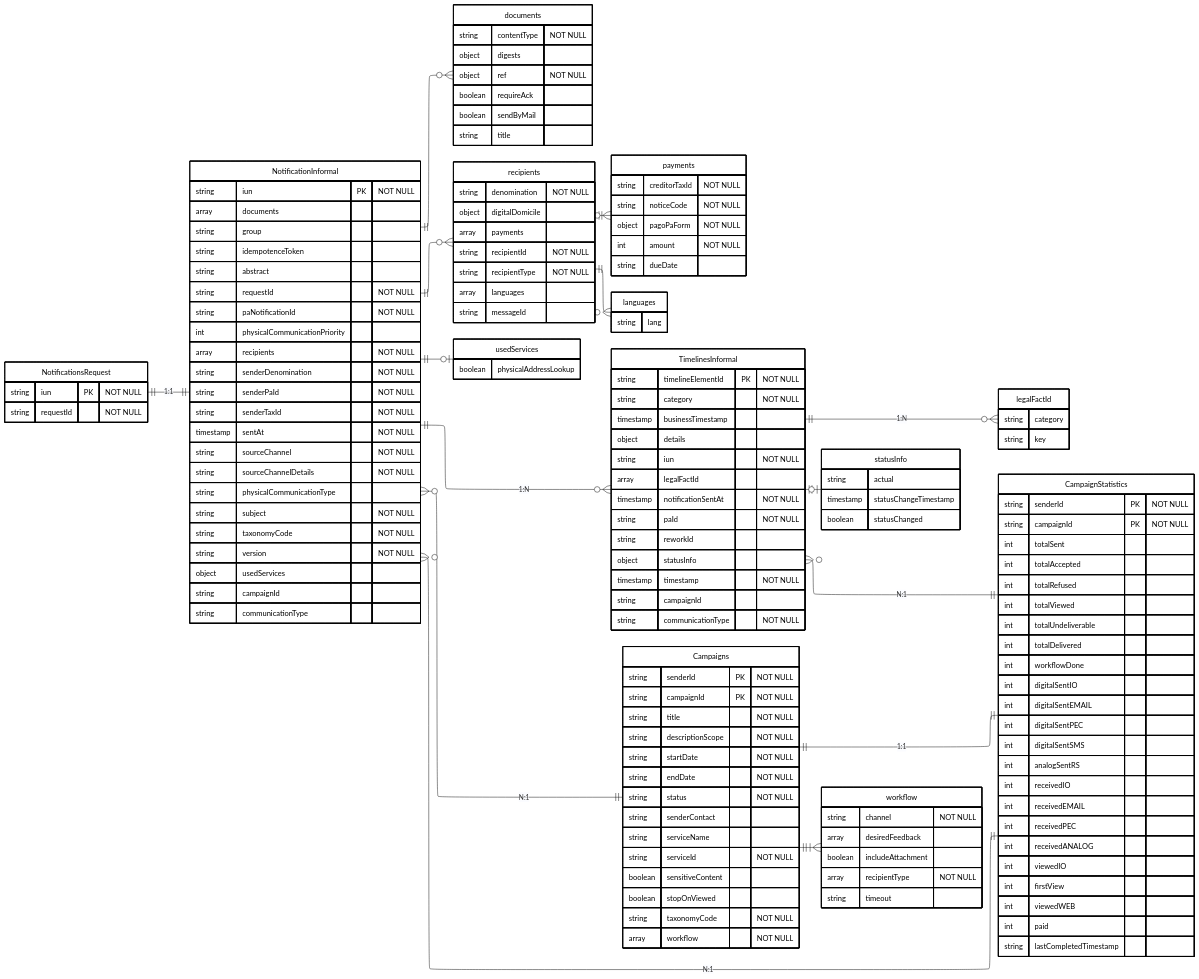
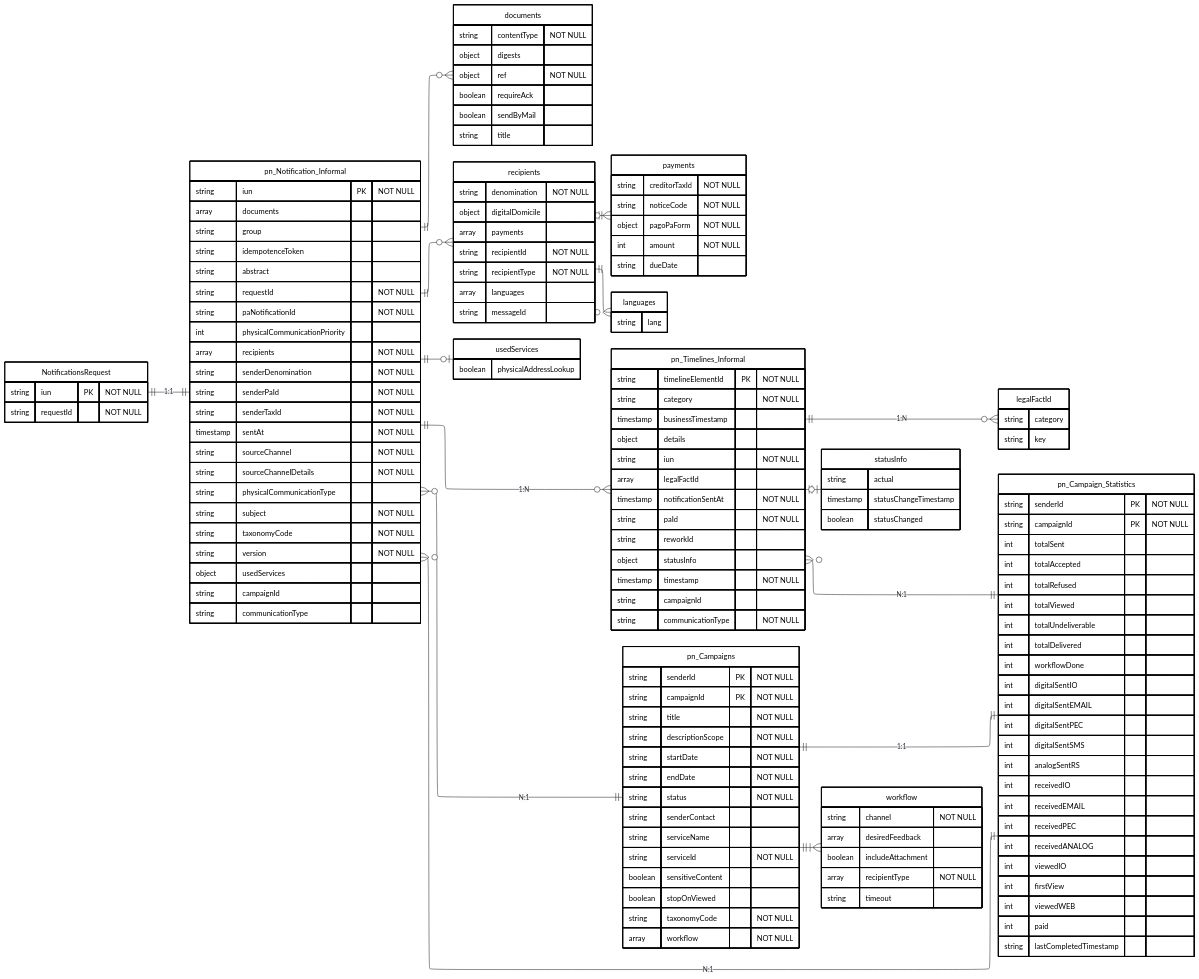
Before and after one commit to pagopa/pn-metrics: the diagram in send_diagrams/data-models/comunicazioni_bonarie/comunicazioni_bonarie.mmd, drawn with Mermaid. The commit also changed 1 other file, not shown here.

```diff
--- a/send_diagrams/data-models/comunicazioni_bonarie/comunicazioni_bonarie.mmd
+++ b/send_diagrams/data-models/comunicazioni_bonarie/comunicazioni_bonarie.mmd
@@ -15,7 +15,7 @@
         string requestId "NOT NULL"
     }
 
-    NotificationInformal {
+    pn_Notification_Informal {
         string iun PK "NOT NULL"
         array documents
         string group
@@ -75,7 +75,7 @@
         boolean physicalAddressLookup
     }
 
-    TimelinesInformal {
+    pn_Timelines_Informal {
         string timelineElementId PK "NOT NULL"
         string category "NOT NULL"
         timestamp businessTimestamp
@@ -102,7 +102,7 @@
         boolean statusChanged
     }
 
-    Campaigns {
+    pn_Campaigns {
         string senderId PK "NOT NULL"
         string campaignId PK "NOT NULL"
         string title "NOT NULL"
@@ -127,7 +127,7 @@
         string timeout
     }
 
-    CampaignStatistics {
+    pn_Campaign_Statistics {
         string senderId PK "NOT NULL"
         string campaignId PK "NOT NULL"
         int totalSent
@@ -155,45 +155,50 @@
 
     %% RELAZIONI
 
-    %% Correlazione: NotificationsRequest.requestId = NotificationInformal.requestId
-    %% NotificationsRequest.iun e NotificationInformal.iun hanno semantica differente
-    NotificationsRequest ||--|| NotificationInformal : "1:1"
+    %% Correlazione: NotificationsRequest.requestId = pn_Notification_Informal.requestId
+    %% NotificationsRequest.iun e pn_Notification_Informal.iun hanno semantica differente
+    NotificationsRequest ||--|| pn_Notification_Informal : "1:1"
 
-    %% Join a livello di comunicazione: NotificationInformal.iun = TimelinesInformal.iun
-    %% Join a livello di destinatario: NotificationInformal.iun = TimelinesInformal.iun AND TimelinesInformal.details.recIndex identifica il destinatario
-    NotificationInformal ||--o{ TimelinesInformal : "1:N"
+    %% Join a livello di comunicazione:
+    %% pn_Notification_Informal.iun = pn_Timelines_Informal.iun
+    %% Join a livello di destinatario:
+    %% pn_Notification_Informal.iun = pn_Timelines_Informal.iun AND pn_Timelines_Informal.details.recIndex identifica il destinatario
+    pn_Notification_Informal ||--o{ pn_Timelines_Informal : "1:N"
 
-    NotificationInformal ||--o{ documents : ""
-    NotificationInformal ||--o{ recipients : ""
-    NotificationInformal ||--o| usedServices : ""
+    pn_Notification_Informal ||--o{ documents : ""
+    pn_Notification_Informal ||--o{ recipients : ""
+    pn_Notification_Informal ||--o| usedServices : ""
 
     recipients ||--o{ payments : ""
     recipients ||--o{ languages : ""
 
-    TimelinesInformal ||--o{ legalFactId : "1:N"
-    TimelinesInformal ||--o| statusInfo : ""
+    pn_Timelines_Informal ||--o{ legalFactId : "1:N"
+    pn_Timelines_Informal ||--o| statusInfo : ""
 
-    %% Relazione logica: NotificationInformal.campaignId = Campaigns.campaignId
-    NotificationInformal }o--|| Campaigns : "N:1"
+    %% Relazione logica:
+    %% pn_Notification_Informal.campaignId = pn_Campaigns.campaignId
+    pn_Notification_Informal }o--|| pn_Campaigns : "N:1"
 
-    %% Relazione logica: NotificationInformal.campaignId = CampaignStatistics.campaignId
-    NotificationInformal }o--|| CampaignStatistics : "N:1"
+    %% Relazione logica:
+    %% pn_Notification_Informal.campaignId = pn_Campaign_Statistics.campaignId
+    pn_Notification_Informal }o--|| pn_Campaign_Statistics : "N:1"
 
-    %% Relazione logica: TimelinesInformal.campaignId = CampaignStatistics.campaignId
-    TimelinesInformal }o--|| CampaignStatistics : "N:1"
+    %% Relazione logica:
+    %% pn_Timelines_Informal.campaignId = pn_Campaign_Statistics.campaignId
+    pn_Timelines_Informal }o--|| pn_Campaign_Statistics : "N:1"
 
     %% Relazione tramite chiave composta senderId + campaignId
-    Campaigns ||--|| CampaignStatistics : "1:1"
+    pn_Campaigns ||--|| pn_Campaign_Statistics : "1:1"
 
-    Campaigns ||--|{ workflow : ""
+    pn_Campaigns ||--|{ workflow : ""
 
     %% STILE
 
     style NotificationsRequest fill:#FFFFFF,stroke:#000000,stroke-width:2px,color:#000000
-    style NotificationInformal fill:#FFFFFF,stroke:#000000,stroke-width:2px,color:#000000
-    style TimelinesInformal fill:#FFFFFF,stroke:#000000,stroke-width:2px,color:#000000
-    style Campaigns fill:#FFFFFF,stroke:#000000,stroke-width:2px,color:#000000
-    style CampaignStatistics fill:#FFFFFF,stroke:#000000,stroke-width:2px,color:#000000
+    style pn_Notification_Informal fill:#FFFFFF,stroke:#000000,stroke-width:2px,color:#000000
+    style pn_Timelines_Informal fill:#FFFFFF,stroke:#000000,stroke-width:2px,color:#000000
+    style pn_Campaigns fill:#FFFFFF,stroke:#000000,stroke-width:2px,color:#000000
+    style pn_Campaign_Statistics fill:#FFFFFF,stroke:#000000,stroke-width:2px,color:#000000
     style documents fill:#FFFFFF,stroke:#000000,stroke-width:2px,color:#000000
     style recipients fill:#FFFFFF,stroke:#000000,stroke-width:2px,color:#000000
     style payments fill:#FFFFFF,stroke:#000000,stroke-width:2px,color:#000000
```
